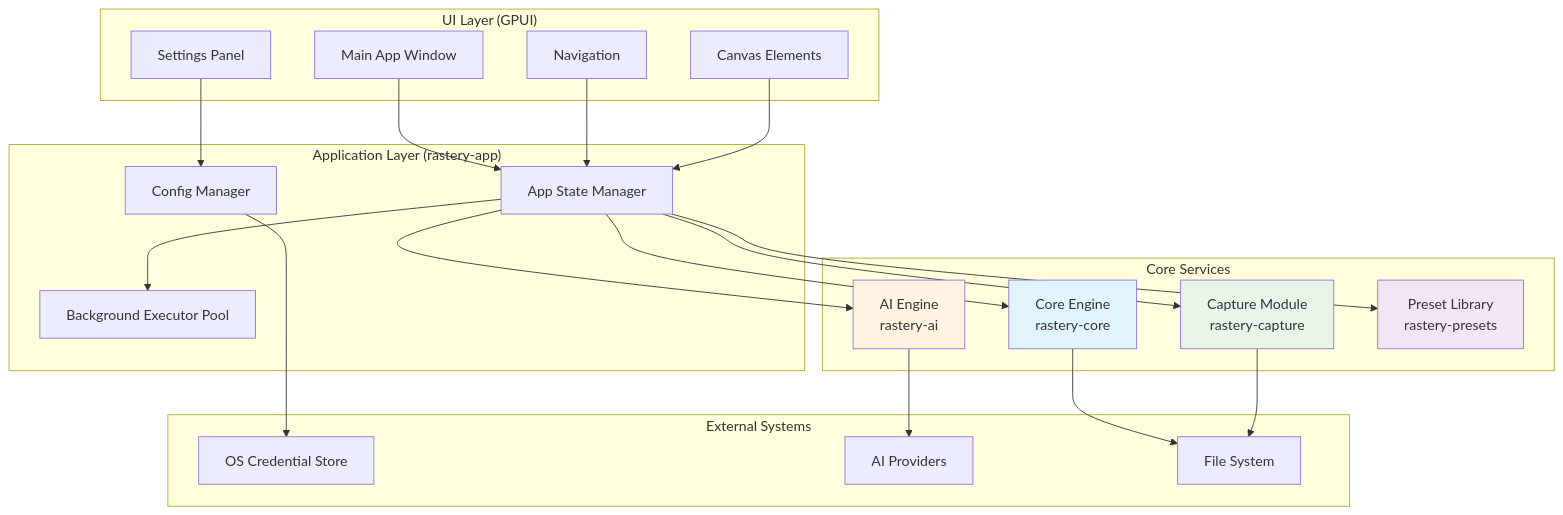
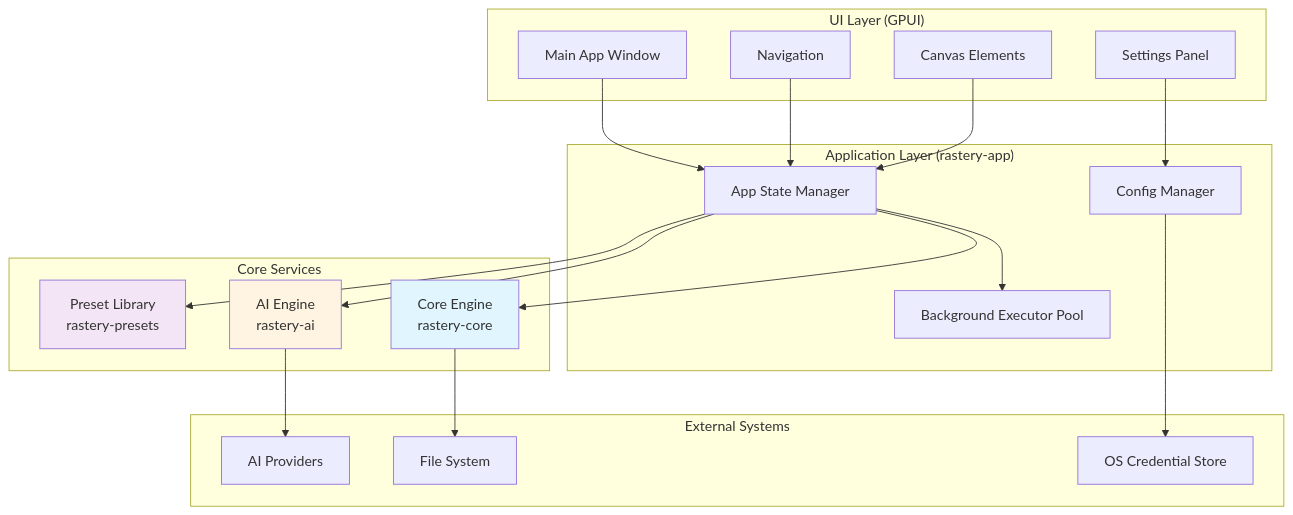
The first of 2 diagrams in docs/spec/design.md (willmove/impressy), drawn with Mermaid before and after one commit. The commit also changed other lines of this file and 50 other files, not shown here.

````diff
--- a/docs/spec/design.md
+++ b/docs/spec/design.md
@@ -41,47 +43,43 @@
 ```mermaid
 graph TB
     subgraph "UI Layer (GPUI)"
         A[Main App Window]
         B[Navigation]
         C[Canvas Elements]
         D[Settings Panel]
     end
     
     subgraph "Application Layer (rastery-app)"
         E[App State Manager]
         F[Background Executor Pool]
         G[Config Manager]
     end
     
     subgraph "Core Services"
         H[Core Engine<br/>rastery-core]
         I[AI Engine<br/>rastery-ai]
-        J[Capture Module<br/>rastery-capture]
         K[Preset Library<br/>rastery-presets]
     end
     
     subgraph "External Systems"
         L[OS Credential Store]
         M[AI Providers]
         N[File System]
     end
     
     A --> E
     B --> E
     C --> E
     D --> G
     E --> F
     E --> H
     E --> I
-    E --> J
     E --> K
     G --> L
     I --> M
     H --> N
-    J --> N
     
     style H fill:#e1f5ff
     style I fill:#fff4e1
-    style J fill:#e8f5e9
     style K fill:#f3e5f5
 ```
````
